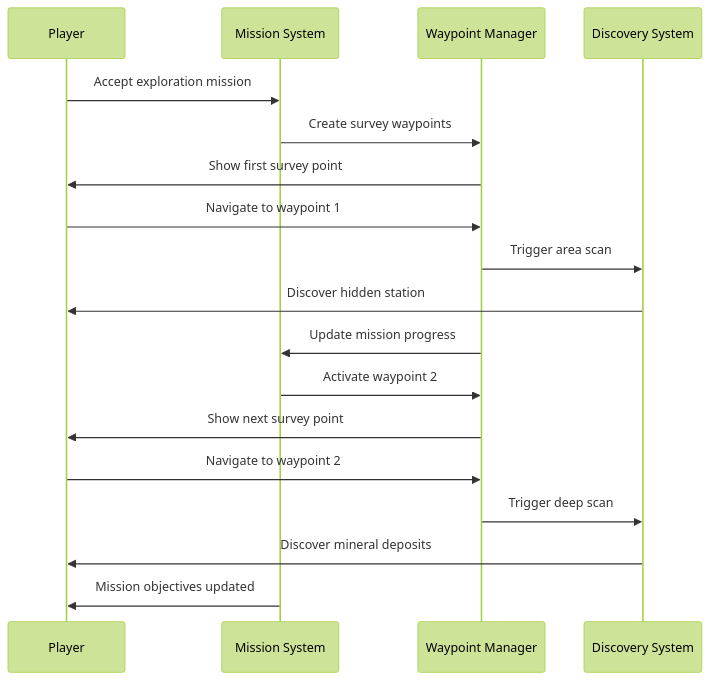
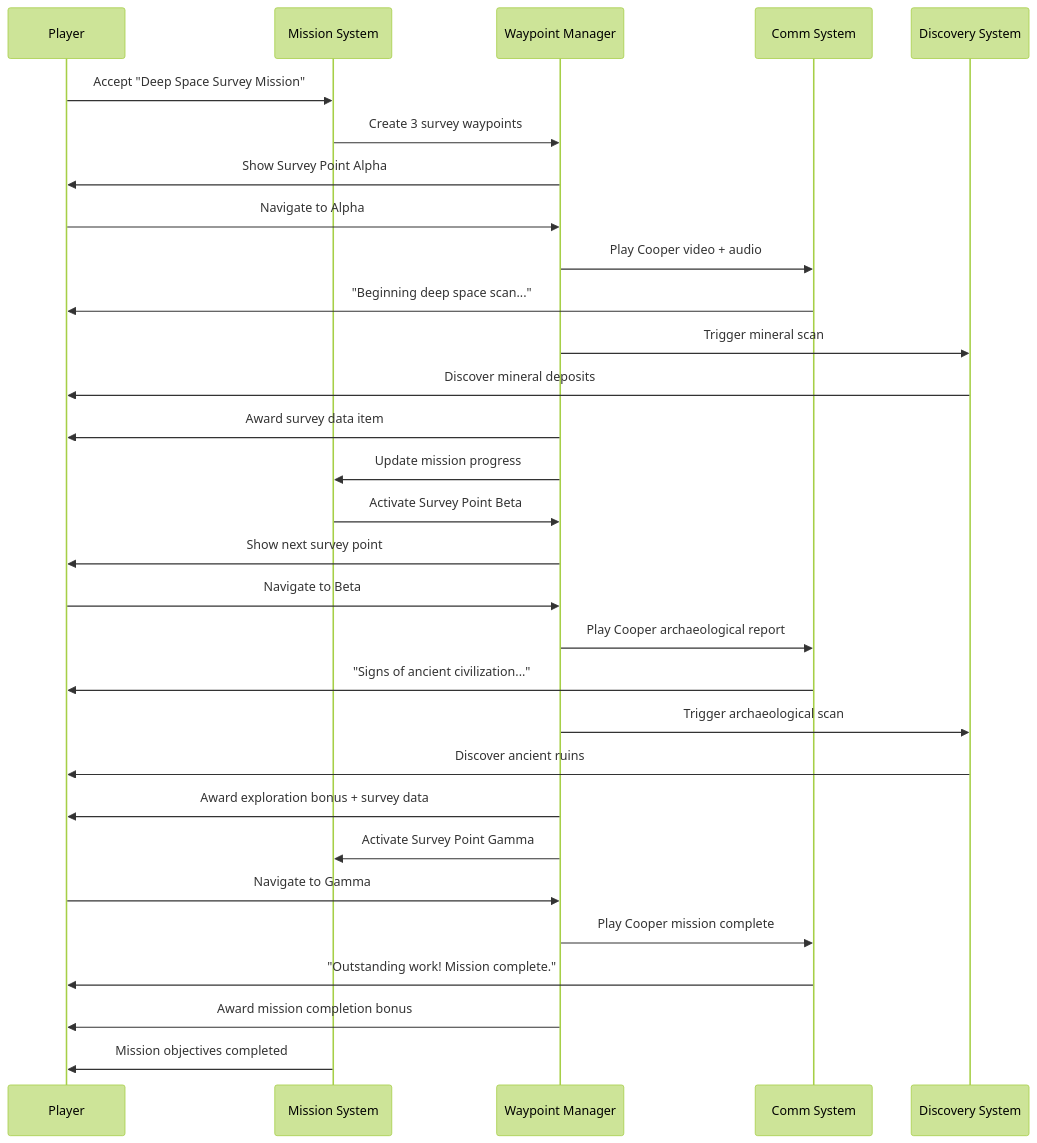
Before and after one commit to thoracle/planetz: the tenth of 16 diagrams in docs/waypoints_system_spec.md, drawn with Mermaid (forest theme). The commit also changed other lines of this file and 34 other files, not shown here.

First line of the commit message:
feat: Enhance W key waypoint test with Scenario 2 exploration mission

````diff
--- a/docs/waypoints_system_spec.md
+++ b/docs/waypoints_system_spec.md
@@ -1029,25 +1031,38 @@
 ```mermaid
 sequenceDiagram
     participant Player
     participant Mission as Mission System
     participant Waypoints as Waypoint Manager
+    participant CommSystem as Comm System
     participant Discovery as Discovery System
 
-    Player->>Mission: Accept exploration mission
-    Mission->>Waypoints: Create survey waypoints
-    Waypoints->>Player: Show first survey point
+    Player->>Mission: Accept "Deep Space Survey Mission"
+    Mission->>Waypoints: Create 3 survey waypoints
+    Waypoints->>Player: Show Survey Point Alpha
     
-    Player->>Waypoints: Navigate to waypoint 1
-    Waypoints->>Discovery: Trigger area scan
-    Discovery->>Player: Discover hidden station
+    Player->>Waypoints: Navigate to Alpha
+    Waypoints->>CommSystem: Play Cooper video + audio
+    CommSystem->>Player: "Beginning deep space scan..."
+    Waypoints->>Discovery: Trigger mineral scan
+    Discovery->>Player: Discover mineral deposits
+    Waypoints->>Player: Award survey data item
     
     Waypoints->>Mission: Update mission progress
-    Mission->>Waypoints: Activate waypoint 2
+    Mission->>Waypoints: Activate Survey Point Beta
     Waypoints->>Player: Show next survey point
     
-    Player->>Waypoints: Navigate to waypoint 2
-    Waypoints->>Discovery: Trigger deep scan
-    Discovery->>Player: Discover mineral deposits
+    Player->>Waypoints: Navigate to Beta
+    Waypoints->>CommSystem: Play Cooper archaeological report
+    CommSystem->>Player: "Signs of ancient civilization..."
+    Waypoints->>Discovery: Trigger archaeological scan
+    Discovery->>Player: Discover ancient ruins
+    Waypoints->>Player: Award exploration bonus + survey data
     
-    Mission->>Player: Mission objectives updated
+    Waypoints->>Mission: Activate Survey Point Gamma
+    Player->>Waypoints: Navigate to Gamma
+    Waypoints->>CommSystem: Play Cooper mission complete
+    CommSystem->>Player: "Outstanding work! Mission complete."
+    Waypoints->>Player: Award mission completion bonus
+    
+    Mission->>Player: Mission objectives completed
 ```
````
